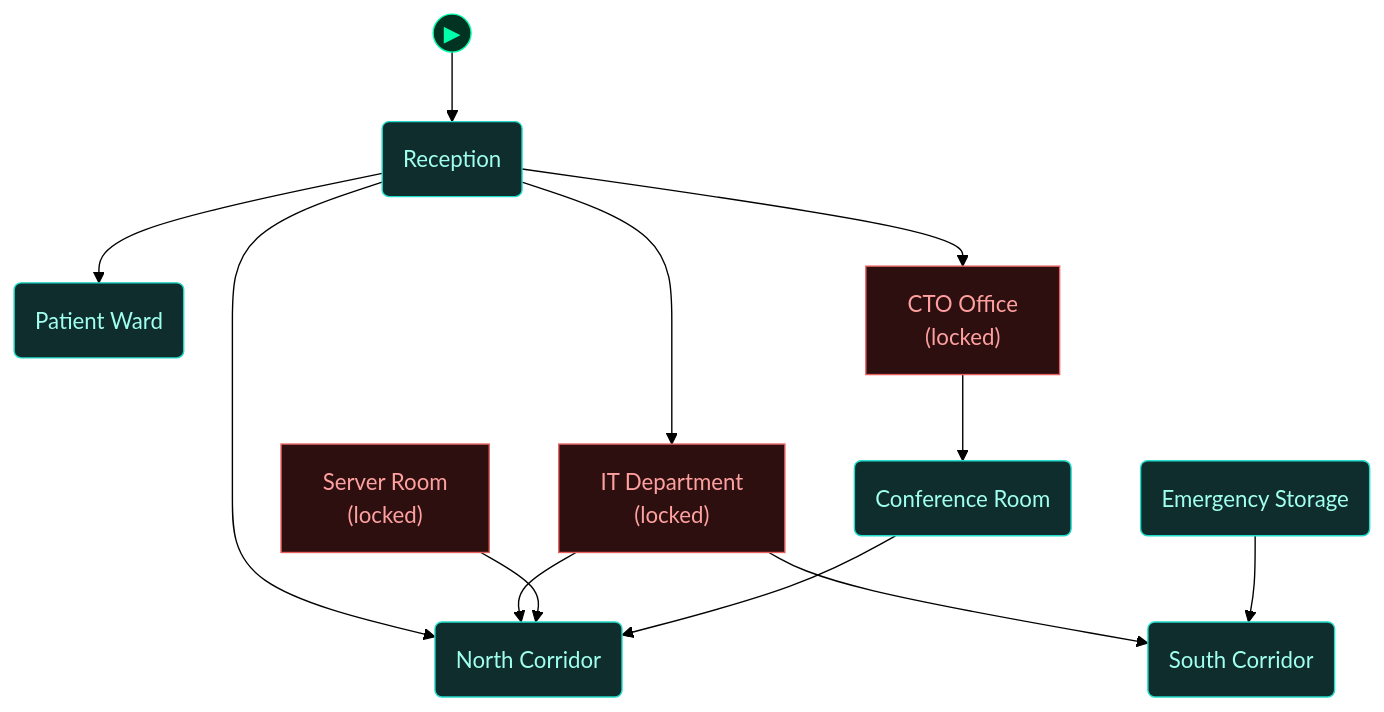
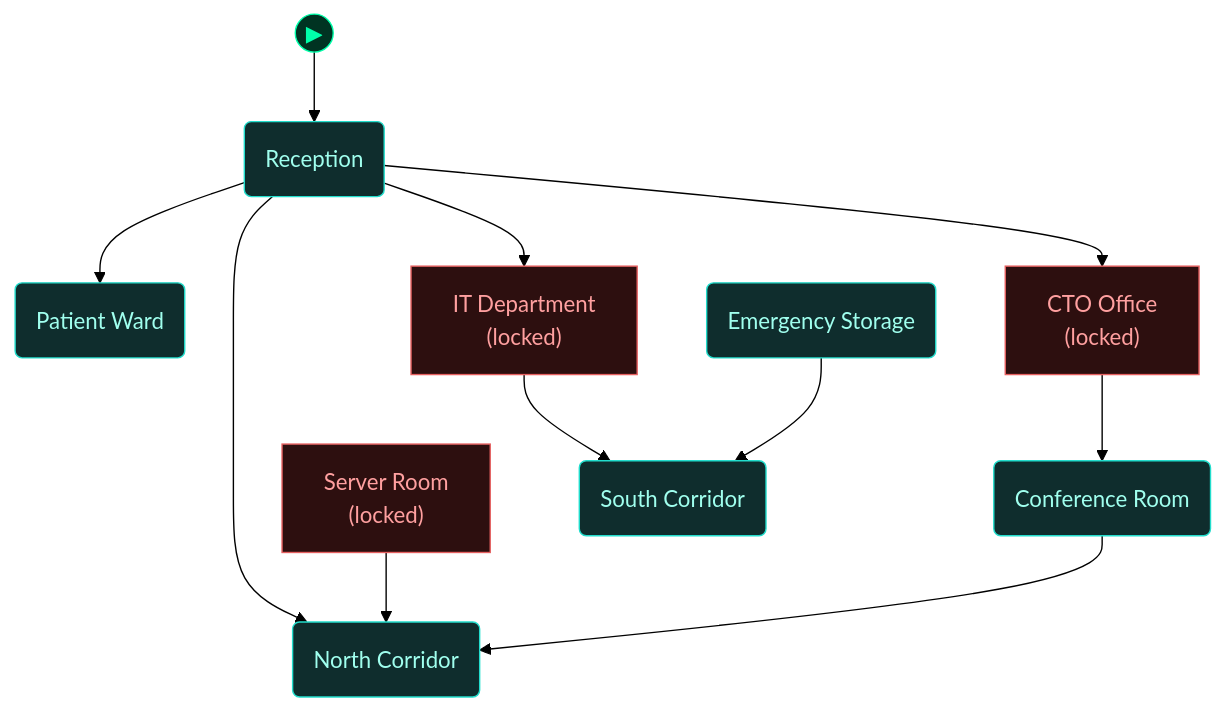
Before and after one commit to cliffe/BreakEscapeGame: the fourth of 5 diagrams in scenarios/m02_ransomed_trust/dungeon_graph.md, drawn with Mermaid (forest theme). The commit also changed other lines of this file and 10 other files, not shown here.

````diff
--- a/scenarios/m02_ransomed_trust/dungeon_graph.md
+++ b/scenarios/m02_ransomed_trust/dungeon_graph.md
@@ -409,46 +417,45 @@
 ```mermaid
 flowchart TD
 
   classDef room      fill:#0f2d2d,stroke:#22ddcc,color:#a0ffee
   classDef lock      fill:#2d0f0f,stroke:#e66060,color:#ffa0a0
   classDef key       fill:#2d0812,stroke:#e66060,color:#ffa0a0
   classDef item      fill:#2d1200,stroke:#e89030,color:#ffcc80
   classDef gate      fill:#111,stroke:#666,color:#eee
   classDef vm        fill:#0c1f40,stroke:#4a90d9,color:#a0c8ff
   classDef flag      fill:#1a0c2d,stroke:#9060d0,color:#cc99ff
   classDef action    fill:#1a1200,stroke:#cc9922,color:#ffee88
   classDef aim       fill:#0d2a0d,stroke:#44cc44,color:#88ff88
   classDef aim_gate  fill:#111111,stroke:#44cc44,color:#44cc44
   classDef container fill:#1a2d1a,stroke:#60b060,color:#a0e0a0
   classDef npc       fill:#2d1f0d,stroke:#d0a050,color:#ffe0a0
   classDef critical  fill:#2a1500,stroke:#ffaa00,color:#ffdd88
   classDef start     fill:#003322,stroke:#00ffaa,color:#00ffaa
 
   node_start(("▶"))
   node_start --> reception_lobby
 
   reception_lobby("Reception")
   hospital_ward("Patient Ward")
   it_department["IT Department<br/>(locked)"]
   server_room["Server Room<br/>(locked)"]
   emergency_equipment_storage("Emergency Storage")
   dr_kim_office["CTO Office<br/>(locked)"]
   conference_room("Conference Room")
   hallway_north("North Corridor")
   hallway_south("South Corridor")
 
   reception_lobby --> hallway_north
   reception_lobby --> it_department
   reception_lobby --> dr_kim_office
   reception_lobby --> hospital_ward
-  it_department --> hallway_north
   it_department --> hallway_south
   server_room --> hallway_north
   emergency_equipment_storage --> hallway_south
   dr_kim_office --> conference_room
   conference_room --> hallway_north
 
   class reception_lobby,hospital_ward,emergency_equipment_storage,conference_room,hallway_north,hallway_south room
   class it_department,server_room,dr_kim_office lock
   class node_start start
 ```
````
